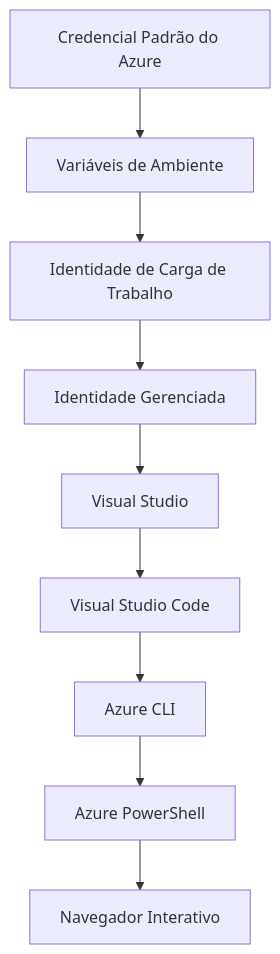
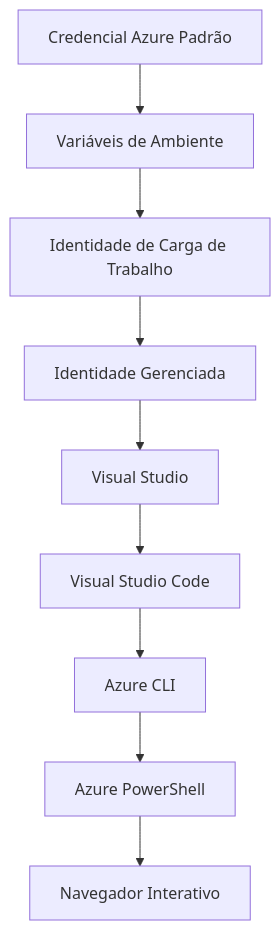
Before and after one commit to microsoft/AZD-for-beginners: the second of 2 diagrams in translations/pt-BR/docs/chapter-01-foundation/azd-basics.md, drawn with Mermaid. The commit also changed other lines of this file and 101 other files, not shown here.

````diff
--- a/translations/pt-BR/docs/chapter-01-foundation/azd-basics.md
+++ b/translations/pt-BR/docs/chapter-01-foundation/azd-basics.md
@@ -593,11 +593,11 @@
 ```mermaid
 graph TD
-    A[Credencial Padrão do Azure] --> B[Variáveis de Ambiente]
+    A[Credencial Azure Padrão] --> B[Variáveis de Ambiente]
     B --> C[Identidade de Carga de Trabalho]
     C --> D[Identidade Gerenciada]
     D --> E[Visual Studio]
     E --> F[Visual Studio Code]
     F --> G[Azure CLI]
     G --> H[Azure PowerShell]
     H --> I[Navegador Interativo]
 ```
````
